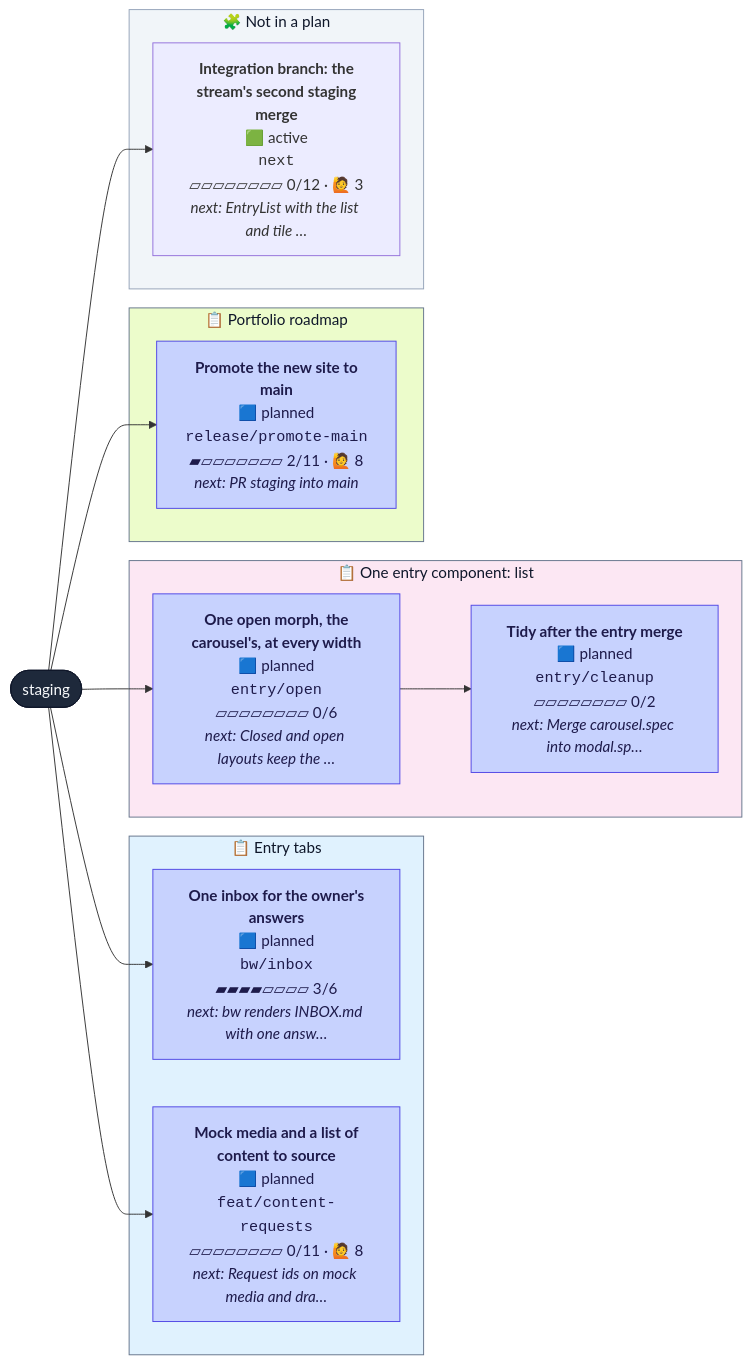
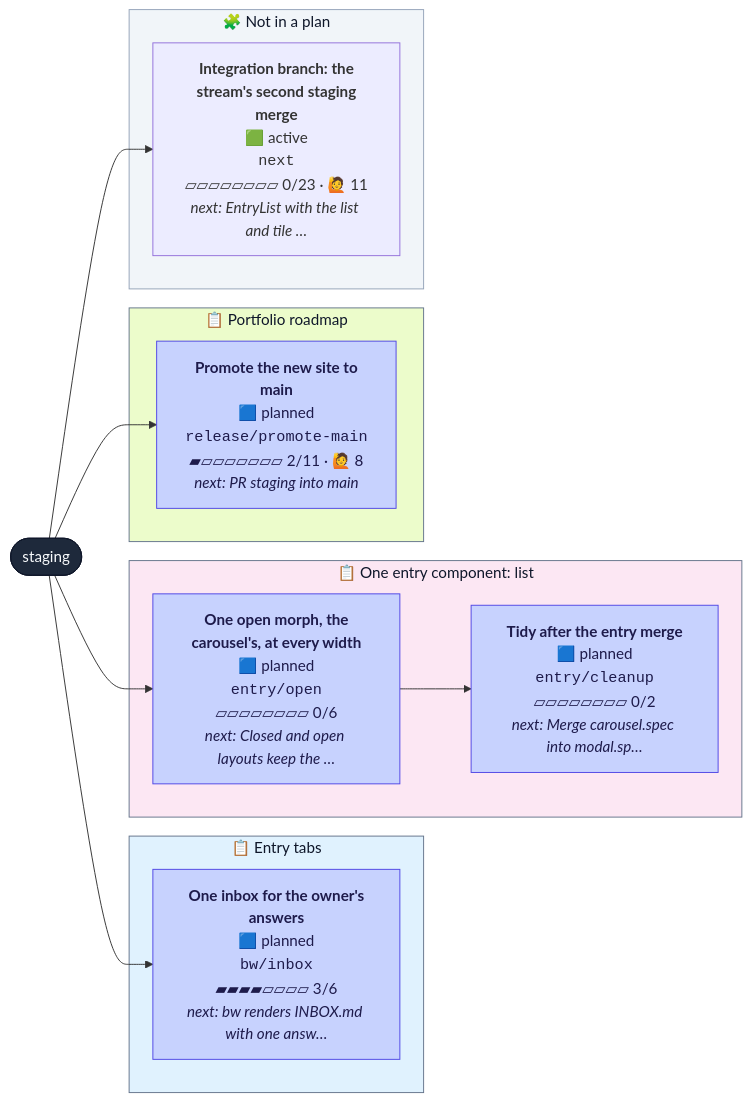
Before and after one commit to henryjonescodes/portfolio: the diagram in CONTRIBUTING.md, drawn with Mermaid. The commit also changed other lines of this file and 2 other files, not shown here.

````diff
--- a/CONTRIBUTING.md
+++ b/CONTRIBUTING.md
@@ -16,41 +16,38 @@
 ```mermaid
 flowchart LR
   n_staging([staging])
   class n_staging trunk
   subgraph plan_0["📋 Entry tabs"]
     n_bw_inbox["<b>One inbox for the owner's<br/>answers</b><br/>🟦 planned<br/><code>bw/inbox</code><br/>▰▰▰▰▱▱▱▱ 3/6<br/><i>next: bw renders INBOX.md with one answ…</i>"]
     class n_bw_inbox planned
-    n_feat_content_requests["<b>Mock media and a list of<br/>content to source</b><br/>🟦 planned<br/><code>feat/content-requests</code><br/>▱▱▱▱▱▱▱▱ 0/11 · 🙋 8<br/><i>next: Request ids on mock media and dra…</i>"]
-    class n_feat_content_requests planned
   end
   style plan_0 fill:#e0f2fe,stroke:#64748b,color:#0f172a
   subgraph plan_1["📋 One entry component: list"]
     n_entry_cleanup["<b>Tidy after the entry merge</b><br/>🟦 planned<br/><code>entry/cleanup</code><br/>▱▱▱▱▱▱▱▱ 0/2<br/><i>next: Merge carousel.spec into modal.sp…</i>"]
     class n_entry_cleanup planned
     n_entry_open["<b>One open morph, the<br/>carousel's, at every width</b><br/>🟦 planned<br/><code>entry/open</code><br/>▱▱▱▱▱▱▱▱ 0/6<br/><i>next: Closed and open layouts keep the …</i>"]
     class n_entry_open planned
   end
   style plan_1 fill:#fce7f3,stroke:#64748b,color:#0f172a
   subgraph plan_2["📋 Portfolio roadmap"]
     n_release_promote_main["<b>Promote the new site to<br/>main</b><br/>🟦 planned<br/><code>release/promote-main</code><br/>▰▱▱▱▱▱▱▱ 2/11 · 🙋 8<br/><i>next: PR staging into main</i>"]
     class n_release_promote_main planned
   end
   style plan_2 fill:#ecfccb,stroke:#64748b,color:#0f172a
   subgraph loose["🧩 Not in a plan"]
-    n_next["<b>Integration branch: the<br/>stream's second staging<br/>merge</b><br/>🟩 active<br/><code>next</code><br/>▱▱▱▱▱▱▱▱ 0/12 · 🙋 3<br/><i>next: EntryList with the list and tile …</i>"]
+    n_next["<b>Integration branch: the<br/>stream's second staging<br/>merge</b><br/>🟩 active<br/><code>next</code><br/>▱▱▱▱▱▱▱▱ 0/23 · 🙋 11<br/><i>next: EntryList with the list and tile …</i>"]
     class n_next active,current
   end
   style loose fill:#f1f5f9,stroke:#94a3b8,color:#0f172a
   n_staging --> n_bw_inbox
   n_entry_open --> n_entry_cleanup
   n_staging --> n_entry_open
-  n_staging --> n_feat_content_requests
   n_staging --> n_next
   n_staging --> n_release_promote_main
   classDef planned fill:#c7d2fe,stroke:#4f46e5,color:#1e1b4b
   classDef active fill:#bbf7d0,stroke:#16a34a,stroke-width:3px,color:#052e16
   classDef review fill:#fde68a,stroke:#d97706,stroke-width:3px,color:#451a03
   classDef blocked fill:#fecaca,stroke:#dc2626,stroke-width:3px,color:#450a0a
   classDef trunk fill:#1e293b,stroke:#0f172a,color:#f8fafc
   classDef current stroke:#0ea5e9,stroke-width:5px
 ```
````
